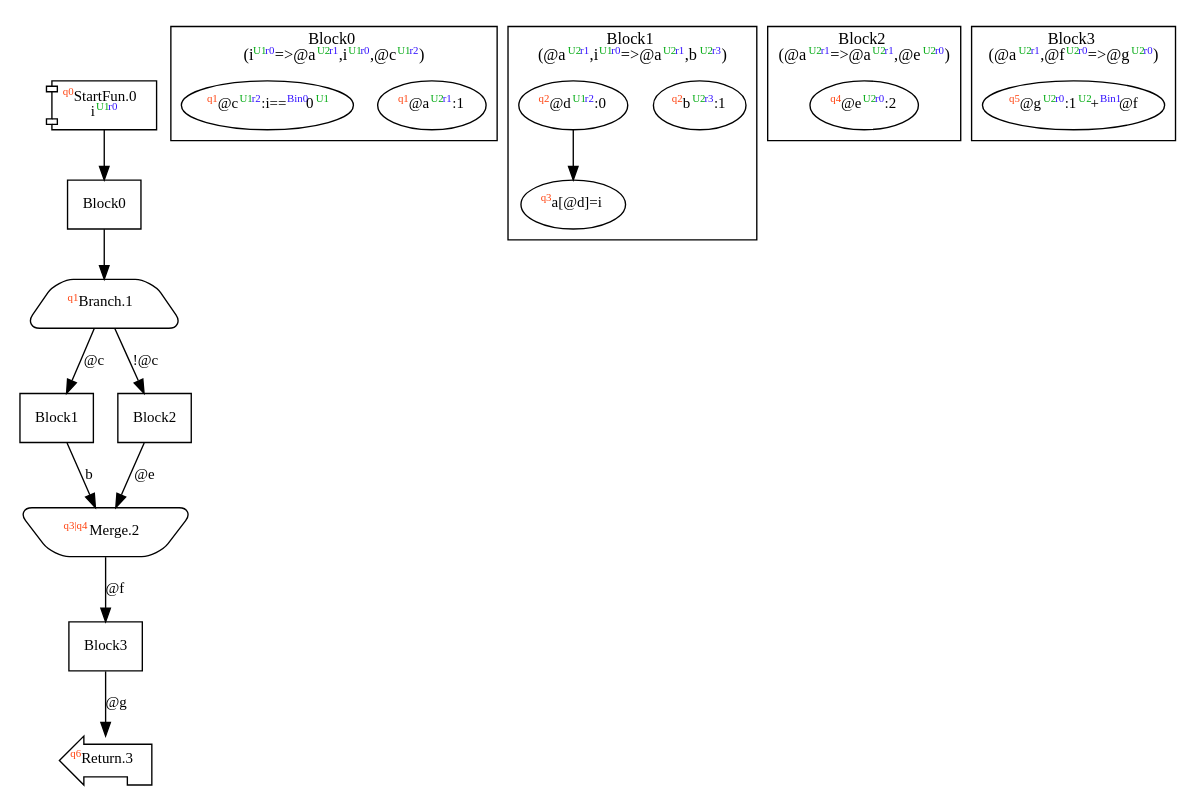
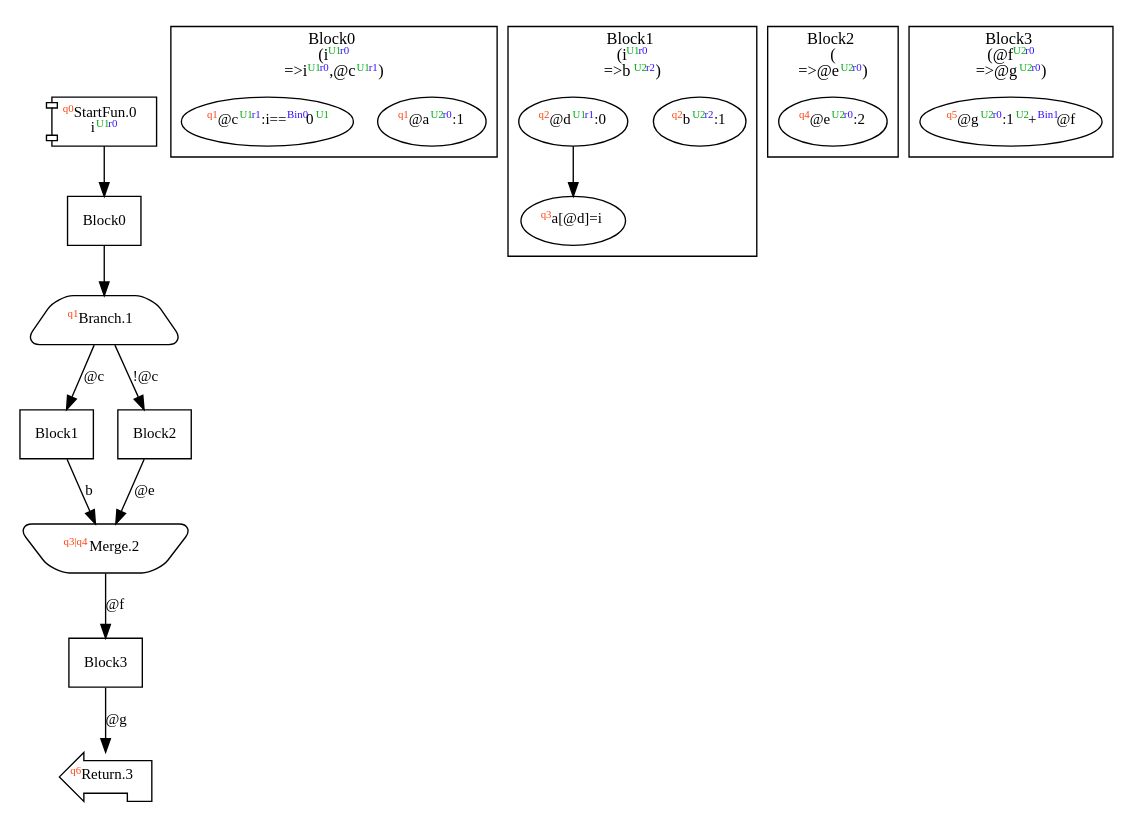
One commit to akouryy/SyntheScala changed the diagram in dist/complexIf.dot. Above: the diagram before and after it, drawn with Graphviz. The commit also changed 21 other files, not shown here.

Commit message:
[parallel] Fixes: * calculate new array dependencies, * consider array accesses for intervals determination, * rename function params, * handle loops in Liveness, and * improve GraphDrawer

```diff
--- a/dist/complexIf.dot
+++ b/dist/complexIf.dot
@@ -1,48 +1,48 @@
 digraph Program_ {
   graph [fontname = "Monaco", fontsize = 12, ranksep = 0.5];
   node [shape = box, fontname = "Monaco", fontsize = 11; colorscheme = pastel19];
   edge [fontname = "Monaco", fontsize = 11; colorscheme = pastel19];
   Jump0[label = <<font color="#ff4411" point-size="8"><sup>q0</sup></font>StartFun.0<br/>i<font color="#00aa11" point-size="8"><sup>U1</sup></font><font color="#3311ff" point-size="8"><sup>r0</sup></font>>; shape = component];
   Jump0 -> Block0;
   Jump1[
     label = <<font color="#ff4411" point-size="8"><sup>q1</sup></font>Branch.1>;
     shape = trapezium; style = rounded;
   ];
   Block0 -> Jump1;
   Jump1 -> Block1 [label=<@c>];
   Jump1 -> Block2 [label=<!@c>];
   Jump2[label = <<font color="#ff4411" point-size="8"><sup>q3|q4</sup></font>Merge.2>; shape = invtrapezium; style = rounded];
   Block1 -> Jump2 [label=<b>];
   Block2 -> Jump2 [label=<@e>];
   Jump2 -> Block3 [label=<@f>];
   Jump3[label = <<font color="#ff4411" point-size="8"><sup>q6</sup></font>Return.3>; shape = lpromoter];
   Block3 -> Jump3 [label=<@g>];
   Block0 [label = "Block0"];
   Block1 [label = "Block1"];
   Block2 [label = "Block2"];
   Block3 [label = "Block3"];
   subgraph cluster_dfg_Block0 {
     node [shape = oval];
-    label = <Block0<br/>(i<font color="#00aa11" point-size="8"><sup>U1</sup></font><font color="#3311ff" point-size="8"><sup>r0</sup></font>=&gt;@a<font color="#00aa11" point-size="8"><sup>U2</sup></font><font color="#3311ff" point-size="8"><sup>r1</sup></font>,i<font color="#00aa11" point-size="8"><sup>U1</sup></font><font color="#3311ff" point-size="8"><sup>r0</sup></font>,@c<font color="#00aa11" point-size="8"><sup>U1</sup></font><font color="#3311ff" point-size="8"><sup>r2</sup></font>)>;
-    0 [label=<<font color="#ff4411" point-size="8"><sup>q1</sup></font>@a<font color="#00aa11" point-size="8"><sup>U2</sup></font><font color="#3311ff" point-size="8"><sup>r1</sup></font>:1>];
-    2 [label=<<font color="#ff4411" point-size="8"><sup>q1</sup></font>@c<font color="#00aa11" point-size="8"><sup>U1</sup></font><font color="#3311ff" point-size="8"><sup>r2</sup></font>:i==<font color="#3311ff" point-size="8"><sup>Bin0</sup></font>0<font color="#00aa11" point-size="8"><sup>U1</sup></font>>];
+    label = <Block0<br/>(i<font color="#00aa11" point-size="8"><sup>U1</sup></font><font color="#3311ff" point-size="8"><sup>r0</sup></font><br/>=&gt;i<font color="#00aa11" point-size="8"><sup>U1</sup></font><font color="#3311ff" point-size="8"><sup>r0</sup></font>,@c<font color="#00aa11" point-size="8"><sup>U1</sup></font><font color="#3311ff" point-size="8"><sup>r1</sup></font>)>;
+    0 [label=<<font color="#ff4411" point-size="8"><sup>q1</sup></font>@a<font color="#00aa11" point-size="8"><sup>U2</sup></font><font color="#3311ff" point-size="8"><sup>r0</sup></font>:1>];
+    2 [label=<<font color="#ff4411" point-size="8"><sup>q1</sup></font>@c<font color="#00aa11" point-size="8"><sup>U1</sup></font><font color="#3311ff" point-size="8"><sup>r1</sup></font>:i==<font color="#3311ff" point-size="8"><sup>Bin0</sup></font>0<font color="#00aa11" point-size="8"><sup>U1</sup></font>>];
   }
   subgraph cluster_dfg_Block1 {
     node [shape = oval];
-    label = <Block1<br/>(@a<font color="#00aa11" point-size="8"><sup>U2</sup></font><font color="#3311ff" point-size="8"><sup>r1</sup></font>,i<font color="#00aa11" point-size="8"><sup>U1</sup></font><font color="#3311ff" point-size="8"><sup>r0</sup></font>=&gt;@a<font color="#00aa11" point-size="8"><sup>U2</sup></font><font color="#3311ff" point-size="8"><sup>r1</sup></font>,b<font color="#00aa11" point-size="8"><sup>U2</sup></font><font color="#3311ff" point-size="8"><sup>r3</sup></font>)>;
-    3 [label=<<font color="#ff4411" point-size="8"><sup>q2</sup></font>b<font color="#00aa11" point-size="8"><sup>U2</sup></font><font color="#3311ff" point-size="8"><sup>r3</sup></font>:1>];
-    4 [label=<<font color="#ff4411" point-size="8"><sup>q2</sup></font>@d<font color="#00aa11" point-size="8"><sup>U1</sup></font><font color="#3311ff" point-size="8"><sup>r2</sup></font>:0>];
+    label = <Block1<br/>(i<font color="#00aa11" point-size="8"><sup>U1</sup></font><font color="#3311ff" point-size="8"><sup>r0</sup></font><br/>=&gt;b<font color="#00aa11" point-size="8"><sup>U2</sup></font><font color="#3311ff" point-size="8"><sup>r2</sup></font>)>;
+    3 [label=<<font color="#ff4411" point-size="8"><sup>q2</sup></font>b<font color="#00aa11" point-size="8"><sup>U2</sup></font><font color="#3311ff" point-size="8"><sup>r2</sup></font>:1>];
+    4 [label=<<font color="#ff4411" point-size="8"><sup>q2</sup></font>@d<font color="#00aa11" point-size="8"><sup>U1</sup></font><font color="#3311ff" point-size="8"><sup>r1</sup></font>:0>];
     5 [label=<<font color="#ff4411" point-size="8"><sup>q3</sup></font>a[@d&#93;=i>];
     4 -> 5;
   }
   subgraph cluster_dfg_Block2 {
     node [shape = oval];
-    label = <Block2<br/>(@a<font color="#00aa11" point-size="8"><sup>U2</sup></font><font color="#3311ff" point-size="8"><sup>r1</sup></font>=&gt;@a<font color="#00aa11" point-size="8"><sup>U2</sup></font><font color="#3311ff" point-size="8"><sup>r1</sup></font>,@e<font color="#00aa11" point-size="8"><sup>U2</sup></font><font color="#3311ff" point-size="8"><sup>r0</sup></font>)>;
+    label = <Block2<br/>(<br/>=&gt;@e<font color="#00aa11" point-size="8"><sup>U2</sup></font><font color="#3311ff" point-size="8"><sup>r0</sup></font>)>;
     6 [label=<<font color="#ff4411" point-size="8"><sup>q4</sup></font>@e<font color="#00aa11" point-size="8"><sup>U2</sup></font><font color="#3311ff" point-size="8"><sup>r0</sup></font>:2>];
   }
   subgraph cluster_dfg_Block3 {
     node [shape = oval];
-    label = <Block3<br/>(@a<font color="#00aa11" point-size="8"><sup>U2</sup></font><font color="#3311ff" point-size="8"><sup>r1</sup></font>,@f<font color="#00aa11" point-size="8"><sup>U2</sup></font><font color="#3311ff" point-size="8"><sup>r0</sup></font>=&gt;@g<font color="#00aa11" point-size="8"><sup>U2</sup></font><font color="#3311ff" point-size="8"><sup>r0</sup></font>)>;
+    label = <Block3<br/>(@f<font color="#00aa11" point-size="8"><sup>U2</sup></font><font color="#3311ff" point-size="8"><sup>r0</sup></font><br/>=&gt;@g<font color="#00aa11" point-size="8"><sup>U2</sup></font><font color="#3311ff" point-size="8"><sup>r0</sup></font>)>;
     7 [label=<<font color="#ff4411" point-size="8"><sup>q5</sup></font>@g<font color="#00aa11" point-size="8"><sup>U2</sup></font><font color="#3311ff" point-size="8"><sup>r0</sup></font>:1<font color="#00aa11" point-size="8"><sup>U2</sup></font>+<font color="#3311ff" point-size="8"><sup>Bin1</sup></font>@f>];
   }
 }
```
